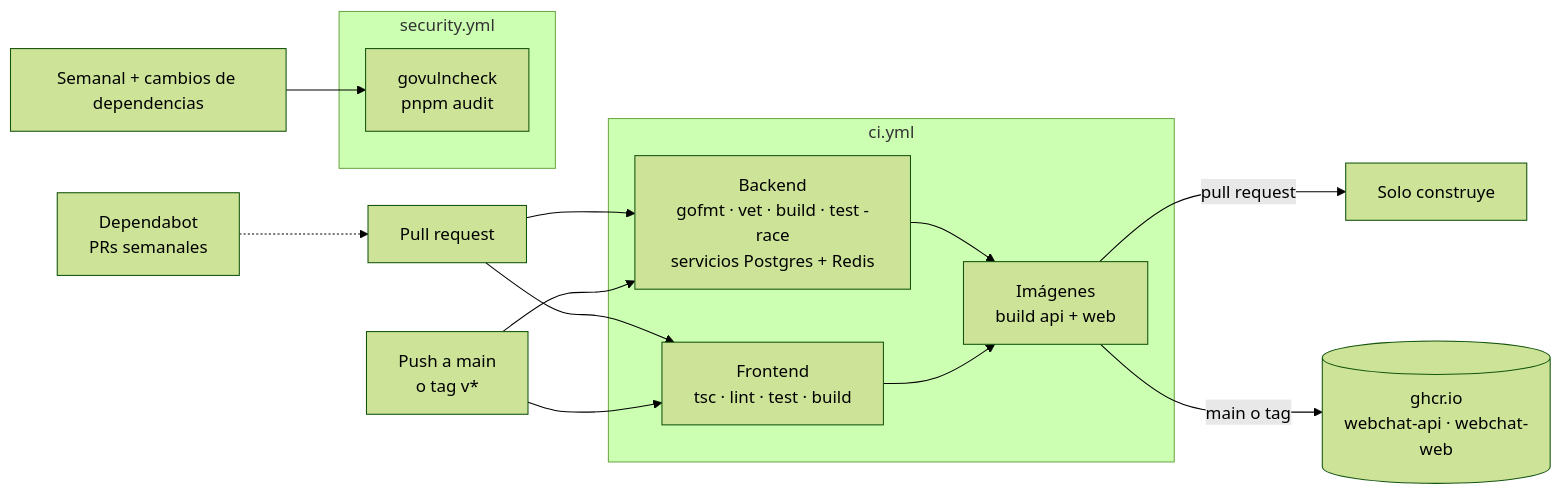
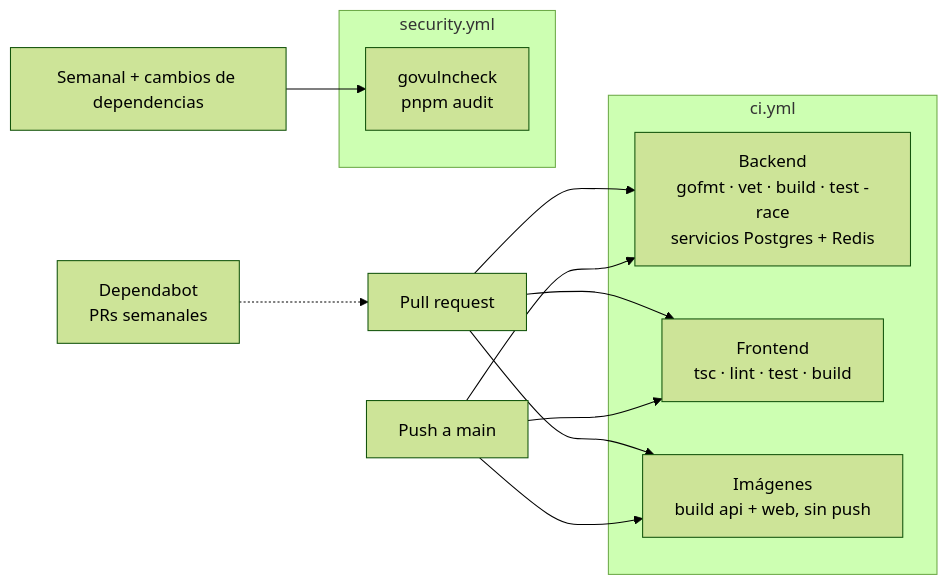
Before and after one commit to TonyGLL/webchat: the diagram in docs/es/ci-cd.md, drawn with Mermaid (forest theme). The commit also changed other lines of this file and 6 other files, not shown here.

First line of the commit message:
CI: build the Docker images but stop publishing them to GHCR

````diff
--- a/docs/es/ci-cd.md
+++ b/docs/es/ci-cd.md
@@ -9,21 +9,19 @@
 ```mermaid
 flowchart LR
     PR[Pull request] --> B
     PR --> F
-    PUSH[Push a main<br/>o tag v*] --> B
+    PUSH[Push a main] --> B
     PUSH --> F
+    PR --> I
+    PUSH --> I
     subgraph CI["ci.yml"]
       B[Backend<br/>gofmt · vet · build · test -race<br/>servicios Postgres + Redis]
       F[Frontend<br/>tsc · lint · test · build]
-      B --> I
-      F --> I
-      I[Imágenes<br/>build api + web]
+      I[Imágenes<br/>build api + web, sin push]
     end
-    I -->|pull request| NOPUSH[Solo construye]
-    I -->|main o tag| GHCR[(ghcr.io<br/>webchat-api · webchat-web)]
     CRON[Semanal + cambios de dependencias] --> SEC
     subgraph SECW["security.yml"]
       SEC[govulncheck<br/>pnpm audit]
     end
     DEP[Dependabot<br/>PRs semanales] -.-> PR
 ```
````
